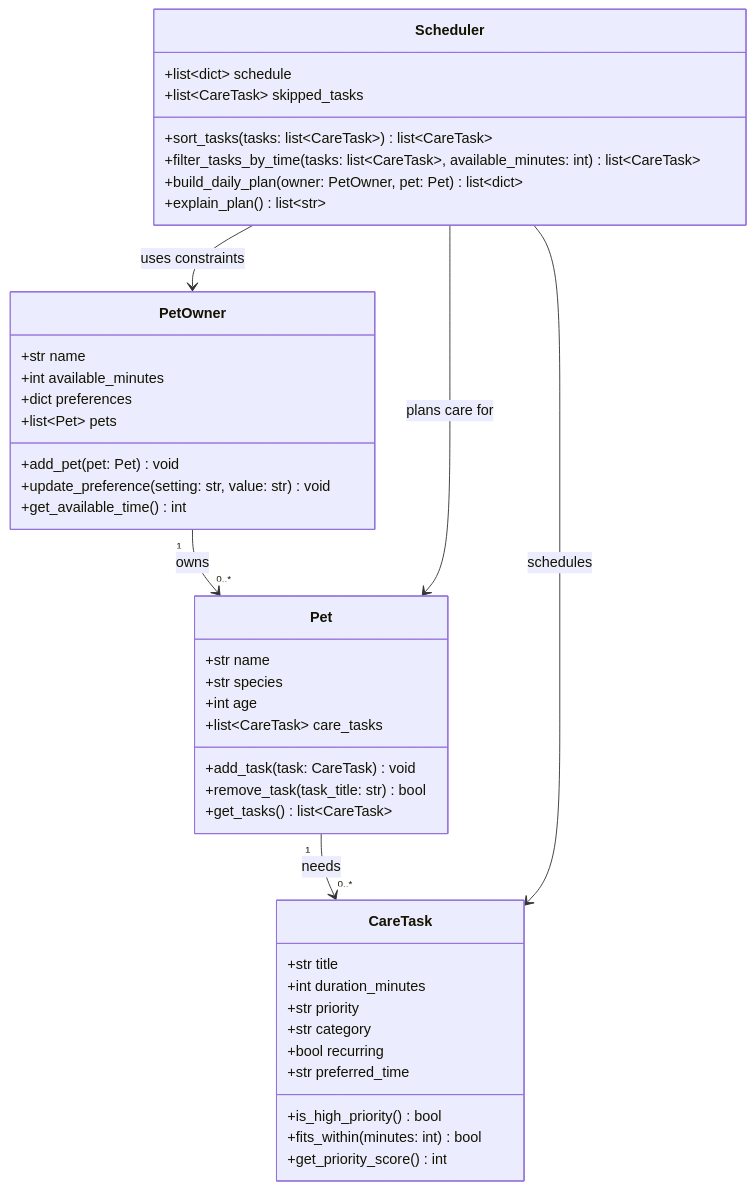
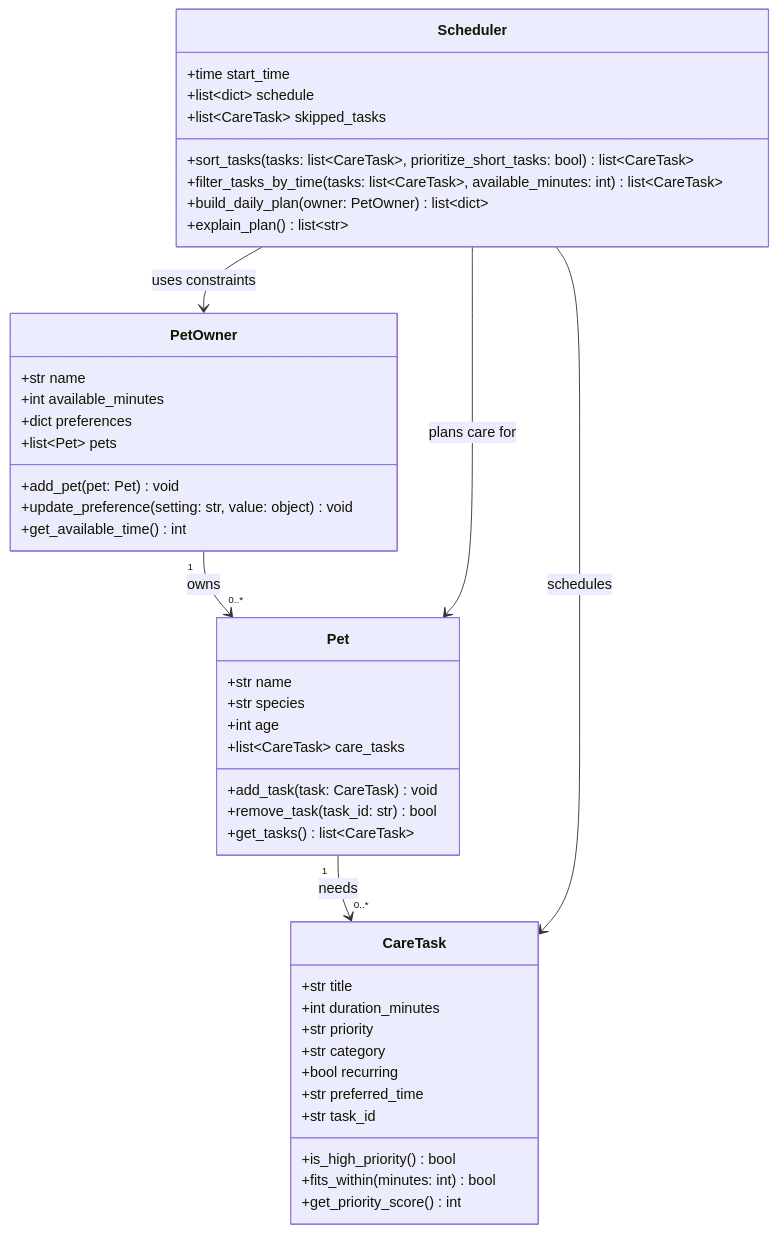
One commit to harshypoo/ai110-module2show-pawpal-starter changed the diagram in diagrams/uml_draft.mmd. Above: the diagram before and after it, drawn with Mermaid. The commit also changed 2 other files, not shown here.

```diff
--- a/diagrams/uml_draft.mmd
+++ b/diagrams/uml_draft.mmd
@@ -1,47 +1,49 @@
 classDiagram
     class PetOwner {
         +str name
         +int available_minutes
         +dict preferences
         +list~Pet~ pets
         +add_pet(pet: Pet) void
-        +update_preference(setting: str, value: str) void
+        +update_preference(setting: str, value: object) void
         +get_available_time() int
     }
 
     class Pet {
         +str name
         +str species
         +int age
         +list~CareTask~ care_tasks
         +add_task(task: CareTask) void
-        +remove_task(task_title: str) bool
+        +remove_task(task_id: str) bool
         +get_tasks() list~CareTask~
     }
 
     class CareTask {
         +str title
         +int duration_minutes
         +str priority
         +str category
         +bool recurring
         +str preferred_time
+        +str task_id
         +is_high_priority() bool
         +fits_within(minutes: int) bool
         +get_priority_score() int
     }
 
     class Scheduler {
+        +time start_time
         +list~dict~ schedule
         +list~CareTask~ skipped_tasks
-        +sort_tasks(tasks: list~CareTask~) list~CareTask~
+        +sort_tasks(tasks: list~CareTask~, prioritize_short_tasks: bool) list~CareTask~
         +filter_tasks_by_time(tasks: list~CareTask~, available_minutes: int) list~CareTask~
-        +build_daily_plan(owner: PetOwner, pet: Pet) list~dict~
+        +build_daily_plan(owner: PetOwner) list~dict~
         +explain_plan() list~str~
     }
 
     PetOwner "1" --> "0..*" Pet : owns
     Pet "1" --> "0..*" CareTask : needs
     Scheduler --> PetOwner : uses constraints
     Scheduler --> Pet : plans care for
     Scheduler --> CareTask : schedules
```
